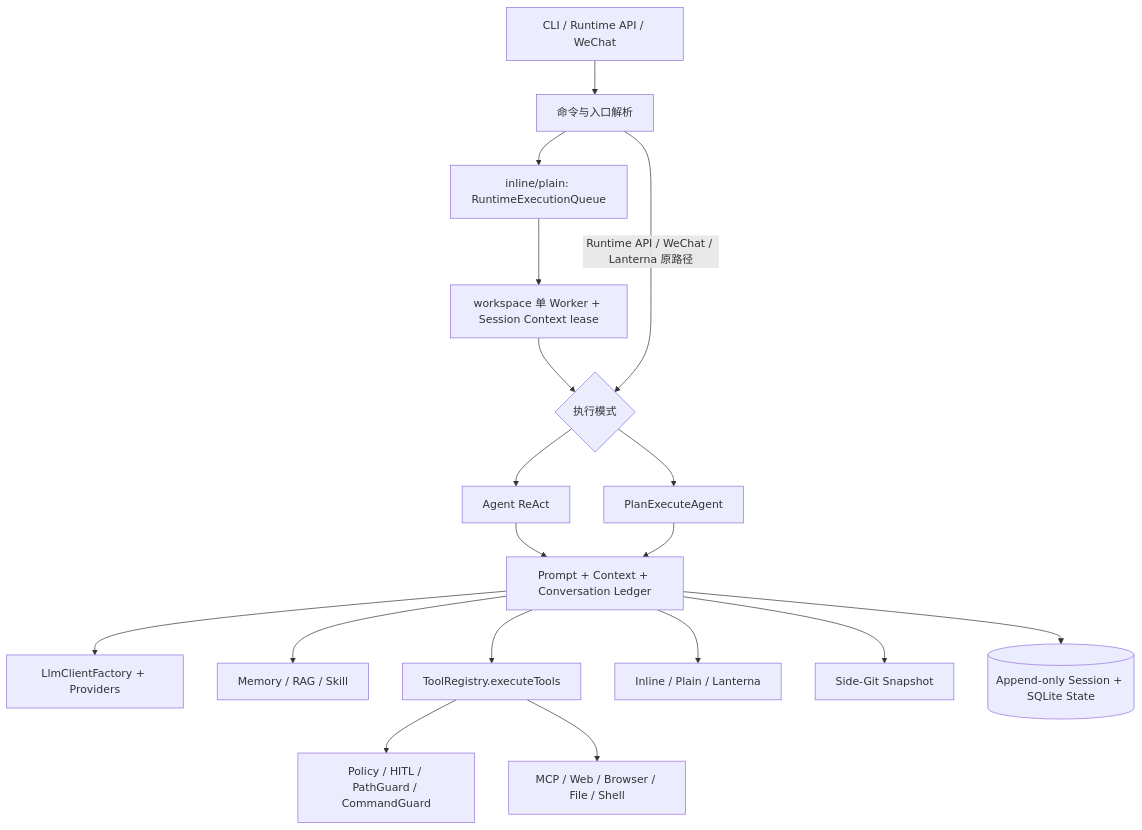
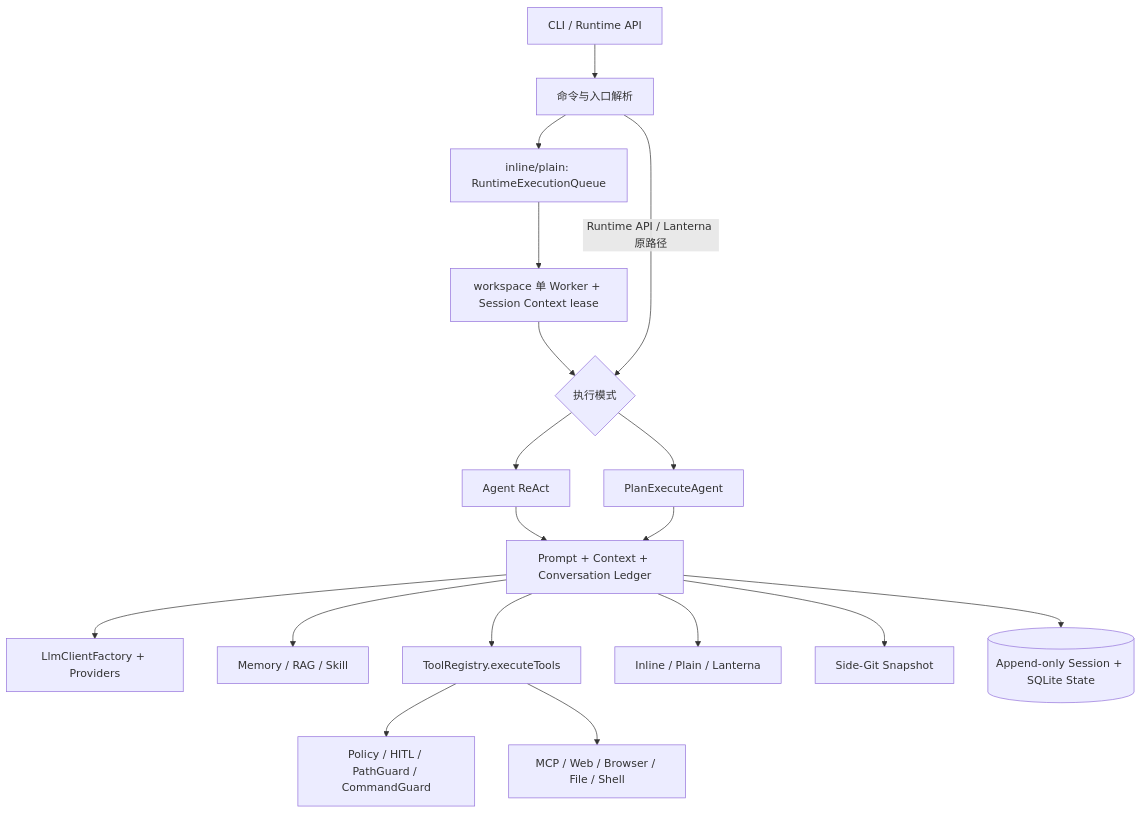
The diagram in README.md (zgjdev/Code-Agent), drawn with Mermaid before and after one commit. The commit also changed other lines of this file and 88 other files, not shown here.

````diff
--- a/README.md
+++ b/README.md
@@ -431,20 +421,20 @@
 ```mermaid
 graph TB
-    CLI[CLI / Runtime API / WeChat] --> ENTRY[命令与入口解析]
+    CLI[CLI / Runtime API] --> ENTRY[命令与入口解析]
     ENTRY --> QUEUE[inline/plain: RuntimeExecutionQueue]
     QUEUE --> WORKER[workspace 单 Worker + Session Context lease]
     WORKER --> MODE{执行模式}
-    ENTRY -->|Runtime API / WeChat / Lanterna 原路径| MODE
+    ENTRY -->|Runtime API / Lanterna 原路径| MODE
     MODE --> REACT[Agent ReAct]
     MODE --> PLAN[PlanExecuteAgent]
     REACT --> CORE[Prompt + Context + Conversation Ledger]
     PLAN --> CORE
     CORE --> LLM[LlmClientFactory + Providers]
     CORE --> MEMORY[Memory / RAG / Skill]
     CORE --> TOOLS[ToolRegistry.executeTools]
     TOOLS --> POLICY[Policy / HITL / PathGuard / CommandGuard]
     TOOLS --> EXT[MCP / Web / Browser / File / Shell]
     CORE --> RENDER[Inline / Plain / Lanterna]
     CORE --> SNAP[Side-Git Snapshot]
     CORE --> SESSION[(Append-only Session + SQLite State)]
 ```
````
